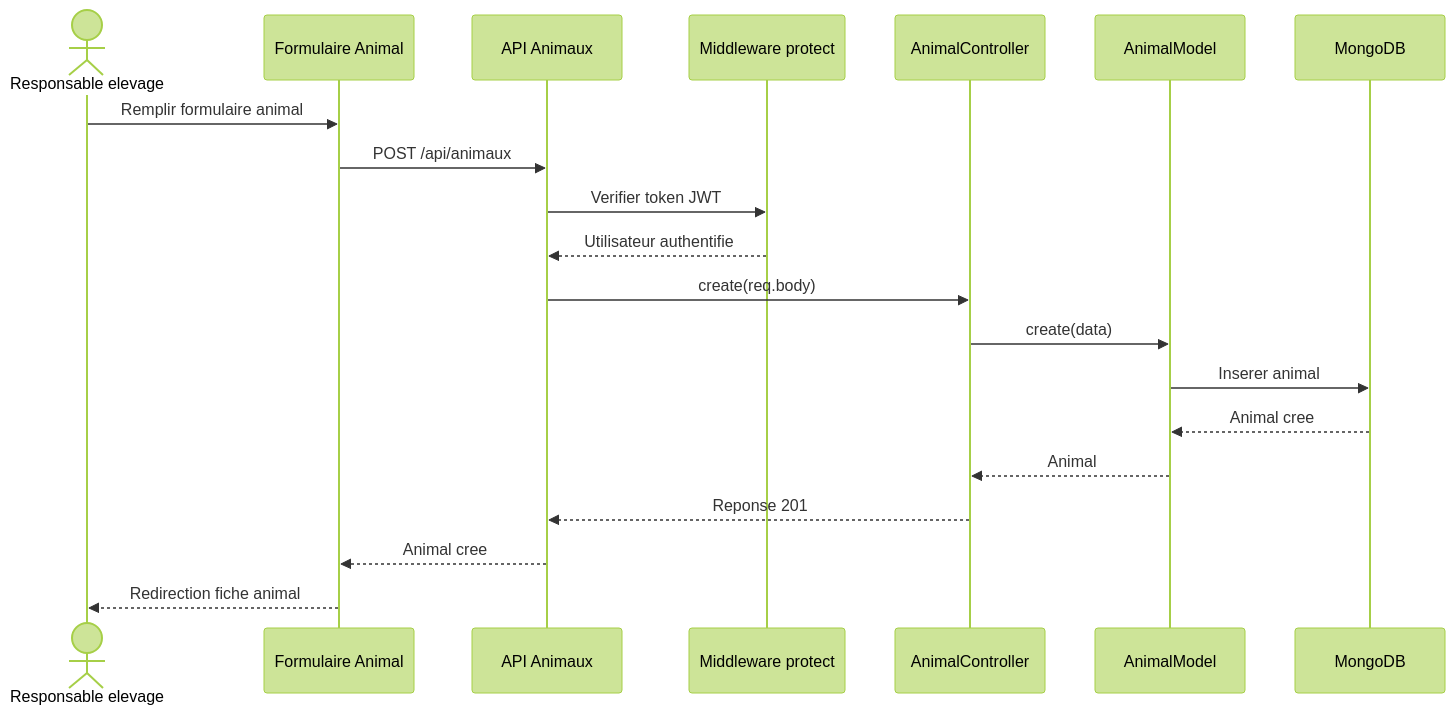
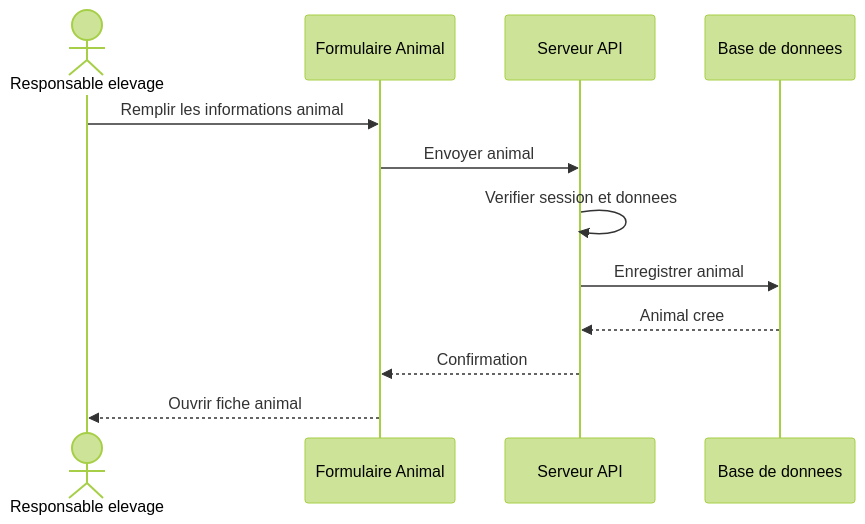
The diagram in tasks/safouane/sequence-create-animal.md (Youness-Ailal/bovins_cmc), drawn with Mermaid (forest theme) before and after one commit. The commit also changed 14 other files, not shown here.

````diff
--- a/tasks/safouane/sequence-create-animal.md
+++ b/tasks/safouane/sequence-create-animal.md
@@ -3,23 +3,15 @@
 ```mermaid
 sequenceDiagram
     actor Responsable as Responsable elevage
-    participant Frontend as Formulaire Animal
-    participant API as API Animaux
-    participant Middleware as Middleware protect
-    participant Controller as AnimalController
-    participant Animal as AnimalModel
-    participant DB as MongoDB
+    participant Interface as Formulaire Animal
+    participant Serveur as Serveur API
+    participant DB as Base de donnees
 
-    Responsable->>Frontend: Remplir formulaire animal
-    Frontend->>API: POST /api/animaux
-    API->>Middleware: Verifier token JWT
-    Middleware-->>API: Utilisateur authentifie
-    API->>Controller: create(req.body)
-    Controller->>Animal: create(data)
-    Animal->>DB: Inserer animal
-    DB-->>Animal: Animal cree
-    Animal-->>Controller: Animal
-    Controller-->>API: Reponse 201
-    API-->>Frontend: Animal cree
-    Frontend-->>Responsable: Redirection fiche animal
+    Responsable->>Interface: Remplir les informations animal
+    Interface->>Serveur: Envoyer animal
+    Serveur->>Serveur: Verifier session et donnees
+    Serveur->>DB: Enregistrer animal
+    DB-->>Serveur: Animal cree
+    Serveur-->>Interface: Confirmation
+    Interface-->>Responsable: Ouvrir fiche animal
 ```
````
